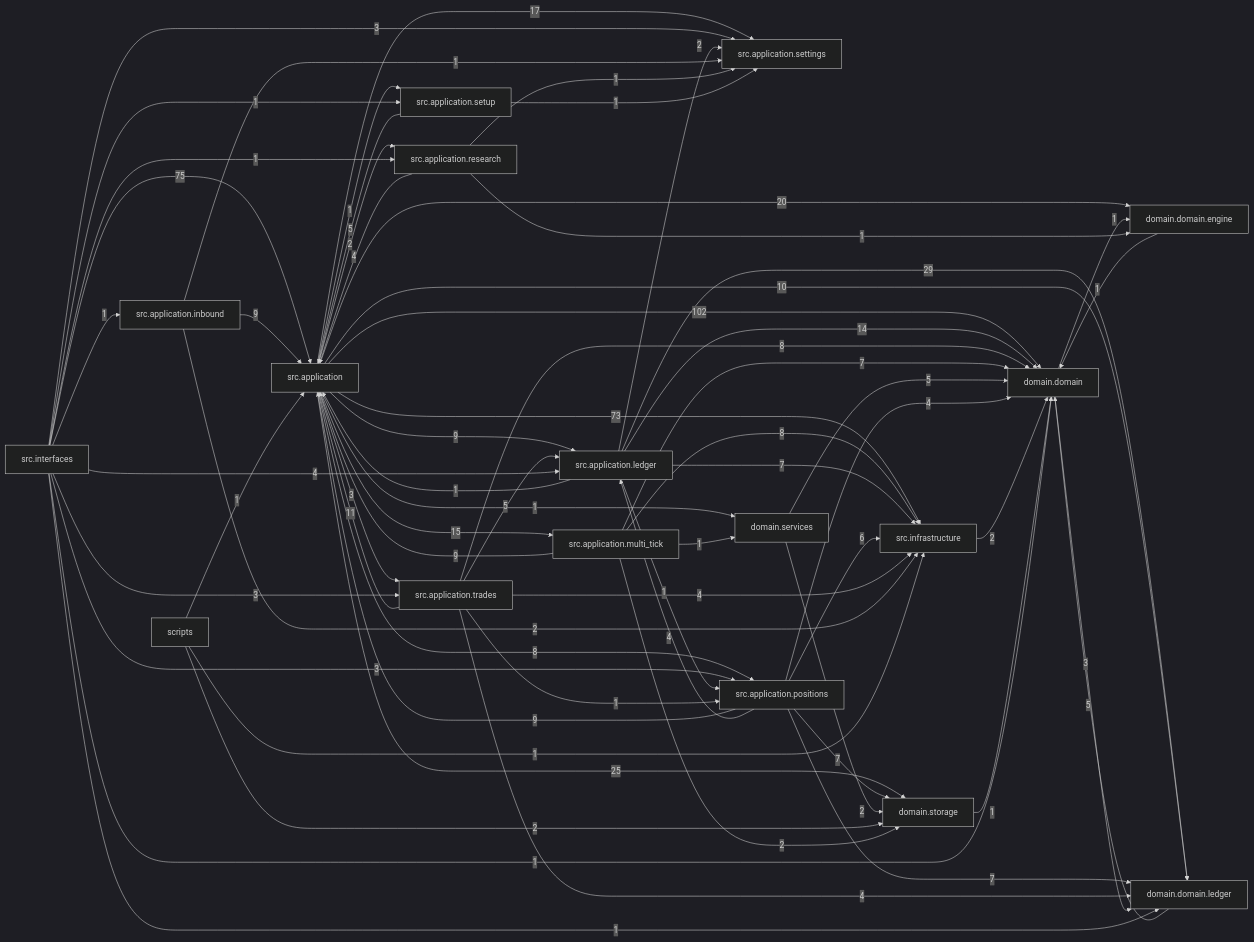
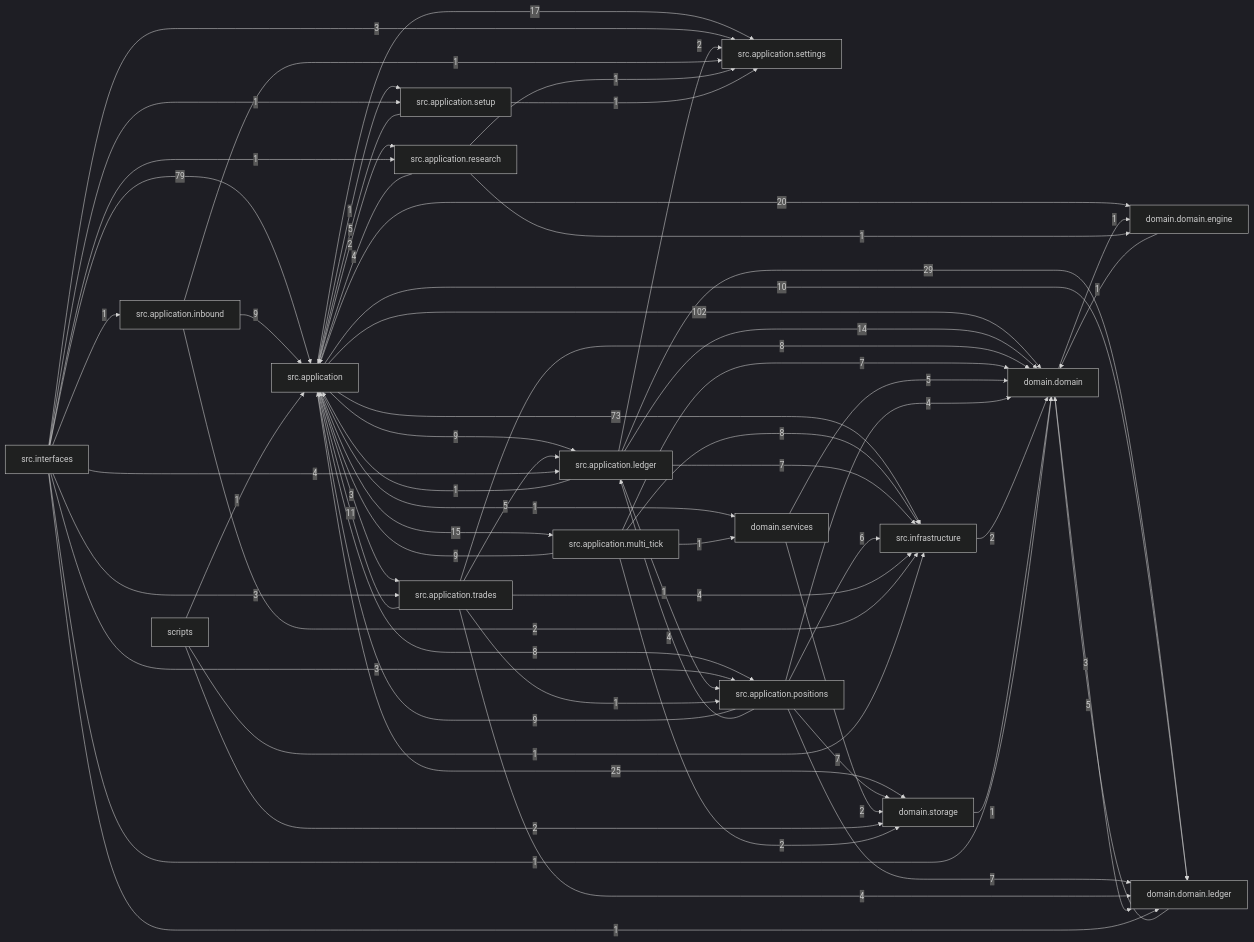
Before and after one commit to liuxie066/options-monitor: the diagram in docs/dependency_graph.mmd, drawn with Mermaid (dark theme). The commit also changed 12 other files, not shown here.

```diff
--- a/docs/dependency_graph.mmd
+++ b/docs/dependency_graph.mmd
@@ -1,66 +1,66 @@
 flowchart LR
   src_application["src.application"] -->|102| domain_domain["domain.domain"]
-  src_interfaces["src.interfaces"] -->|75| src_application["src.application"]
+  src_interfaces["src.interfaces"] -->|79| src_application["src.application"]
   src_application["src.application"] -->|73| src_infrastructure["src.infrastructure"]
   src_application_ledger["src.application.ledger"] -->|29| domain_domain_ledger["domain.domain.ledger"]
   src_application["src.application"] -->|25| domain_storage["domain.storage"]
   src_application["src.application"] -->|20| domain_domain_engine["domain.domain.engine"]
   src_application["src.application"] -->|17| src_application_settings["src.application.settings"]
   src_application["src.application"] -->|15| src_application_multi_tick["src.application.multi_tick"]
   src_application_ledger["src.application.ledger"] -->|14| domain_domain["domain.domain"]
   src_application_trades["src.application.trades"] -->|11| src_application["src.application"]
   src_application["src.application"] -->|10| domain_domain_ledger["domain.domain.ledger"]
   src_application["src.application"] -->|9| src_application_ledger["src.application.ledger"]
   src_application_inbound["src.application.inbound"] -->|9| src_application["src.application"]
   src_application_multi_tick["src.application.multi_tick"] -->|9| src_application["src.application"]
   src_application_positions["src.application.positions"] -->|9| src_application["src.application"]
   src_application["src.application"] -->|8| src_application_positions["src.application.positions"]
   src_application_multi_tick["src.application.multi_tick"] -->|8| src_infrastructure["src.infrastructure"]
   src_application_trades["src.application.trades"] -->|8| domain_domain["domain.domain"]
   src_application_ledger["src.application.ledger"] -->|7| src_infrastructure["src.infrastructure"]
   src_application_multi_tick["src.application.multi_tick"] -->|7| domain_domain["domain.domain"]
   src_application_positions["src.application.positions"] -->|7| domain_domain_ledger["domain.domain.ledger"]
   src_application_positions["src.application.positions"] -->|7| domain_storage["domain.storage"]
   src_application_positions["src.application.positions"] -->|6| src_infrastructure["src.infrastructure"]
   domain_domain_ledger["domain.domain.ledger"] -->|5| domain_domain["domain.domain"]
   domain_services["domain.services"] -->|5| domain_domain["domain.domain"]
   src_application_setup["src.application.setup"] -->|5| src_application["src.application"]
   src_application_trades["src.application.trades"] -->|5| src_application_ledger["src.application.ledger"]
   src_application_positions["src.application.positions"] -->|4| domain_domain["domain.domain"]
   src_application_positions["src.application.positions"] -->|4| src_application_ledger["src.application.ledger"]
   src_application_research["src.application.research"] -->|4| src_application["src.application"]
   src_application_trades["src.application.trades"] -->|4| domain_domain_ledger["domain.domain.ledger"]
   src_application_trades["src.application.trades"] -->|4| src_infrastructure["src.infrastructure"]
   src_interfaces["src.interfaces"] -->|4| src_application_ledger["src.application.ledger"]
   domain_domain["domain.domain"] -->|3| domain_domain_ledger["domain.domain.ledger"]
   src_application["src.application"] -->|3| src_application_trades["src.application.trades"]
   src_interfaces["src.interfaces"] -->|3| src_application_positions["src.application.positions"]
   src_interfaces["src.interfaces"] -->|3| src_application_settings["src.application.settings"]
   src_interfaces["src.interfaces"] -->|3| src_application_trades["src.application.trades"]
   domain_services["domain.services"] -->|2| domain_storage["domain.storage"]
   scripts["scripts"] -->|2| domain_storage["domain.storage"]
   src_application["src.application"] -->|2| src_application_research["src.application.research"]
   src_application_inbound["src.application.inbound"] -->|2| src_infrastructure["src.infrastructure"]
   src_application_ledger["src.application.ledger"] -->|2| src_application_settings["src.application.settings"]
   src_application_multi_tick["src.application.multi_tick"] -->|2| domain_storage["domain.storage"]
   src_infrastructure["src.infrastructure"] -->|2| domain_domain["domain.domain"]
   domain_domain["domain.domain"] -->|1| domain_domain_engine["domain.domain.engine"]
   domain_domain_engine["domain.domain.engine"] -->|1| domain_domain["domain.domain"]
   domain_storage["domain.storage"] -->|1| domain_domain["domain.domain"]
   scripts["scripts"] -->|1| src_application["src.application"]
   scripts["scripts"] -->|1| src_infrastructure["src.infrastructure"]
   src_application["src.application"] -->|1| domain_services["domain.services"]
   src_application["src.application"] -->|1| src_application_setup["src.application.setup"]
   src_application_inbound["src.application.inbound"] -->|1| src_application_settings["src.application.settings"]
   src_application_ledger["src.application.ledger"] -->|1| src_application["src.application"]
   src_application_ledger["src.application.ledger"] -->|1| src_application_positions["src.application.positions"]
   src_application_multi_tick["src.application.multi_tick"] -->|1| domain_services["domain.services"]
   src_application_research["src.application.research"] -->|1| domain_domain_engine["domain.domain.engine"]
   src_application_research["src.application.research"] -->|1| src_application_settings["src.application.settings"]
   src_application_setup["src.application.setup"] -->|1| src_application_settings["src.application.settings"]
   src_application_trades["src.application.trades"] -->|1| src_application_positions["src.application.positions"]
   src_interfaces["src.interfaces"] -->|1| domain_domain["domain.domain"]
   src_interfaces["src.interfaces"] -->|1| domain_domain_ledger["domain.domain.ledger"]
   src_interfaces["src.interfaces"] -->|1| src_application_inbound["src.application.inbound"]
   src_interfaces["src.interfaces"] -->|1| src_application_research["src.application.research"]
   src_interfaces["src.interfaces"] -->|1| src_application_setup["src.application.setup"]
```
